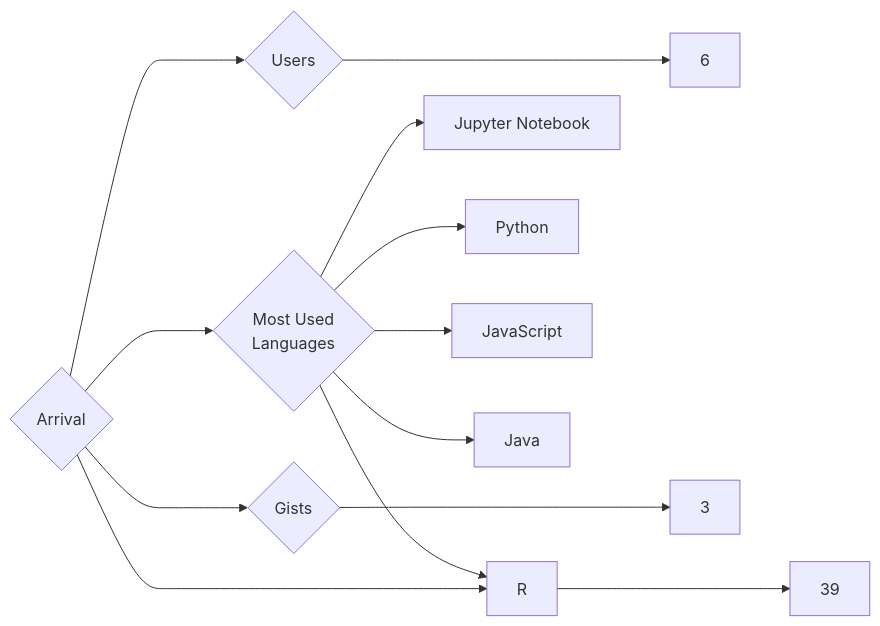
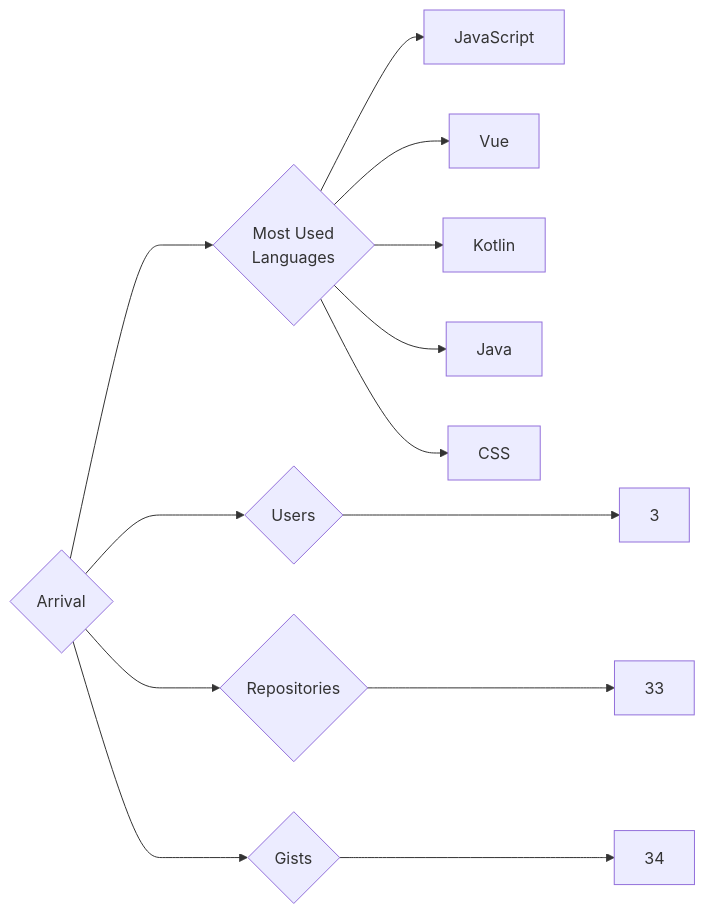
Before and after one commit to trickest/insiders: the diagram in targets/Arrival/README.md, drawn with Mermaid. The commit also changed 857 other files, not shown here.

````diff
--- a/targets/Arrival/README.md
+++ b/targets/Arrival/README.md
@@ -3,13 +3,13 @@
 ```mermaid
 graph LR
 COMPANY_NAME{Arrival}
-COMPANY_NAME ---> U{Users} ---> UN[6]
-COMPANY_NAME ---> R{Repositories} ---> RN[39]
-COMPANY_NAME ---> G{Gists} ---> GN[3]
+COMPANY_NAME ---> U{Users} ---> UN[3]
+COMPANY_NAME ---> R{Repositories} ---> RN[33]
+COMPANY_NAME ---> G{Gists} ---> GN[34]
 COMPANY_NAME ---> ML{Most Used<br>Languages}
-ML --> Jupyter_Notebook[Jupyter Notebook]
-ML --> Python[Python]
-ML --> R[R]
 ML --> JavaScript[JavaScript]
+ML --> Vue[Vue]
+ML --> Kotlin[Kotlin]
 ML --> Java[Java]
+ML --> CSS[CSS]
 ```
````
